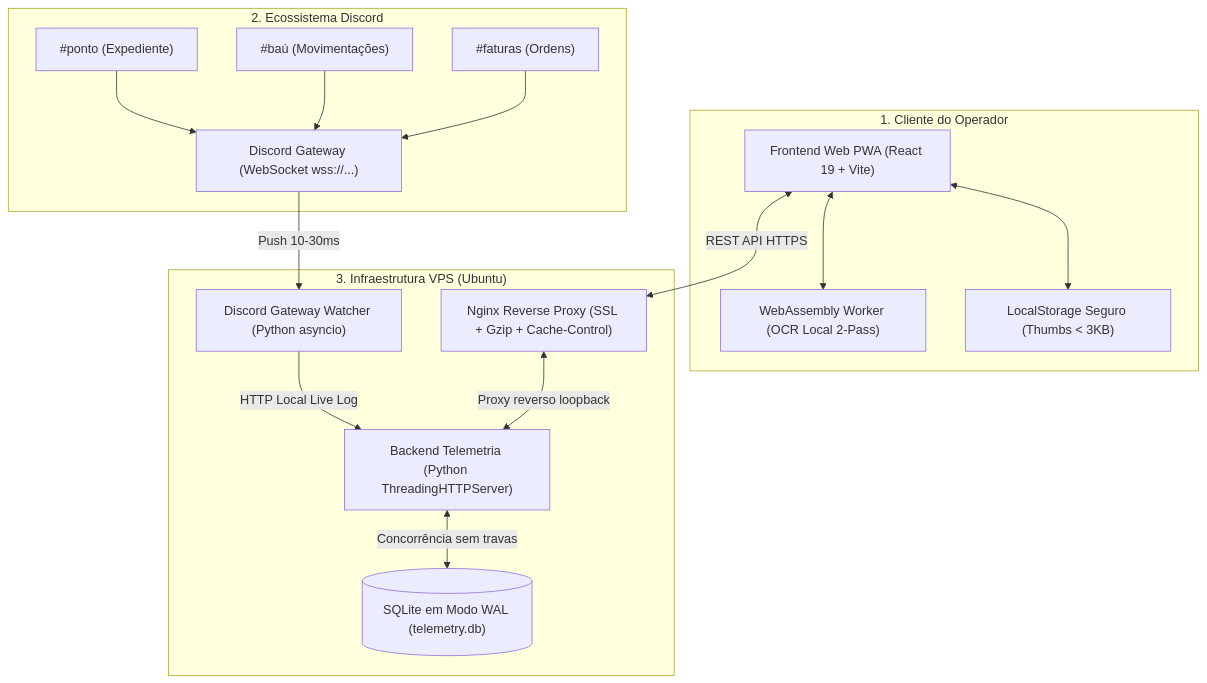
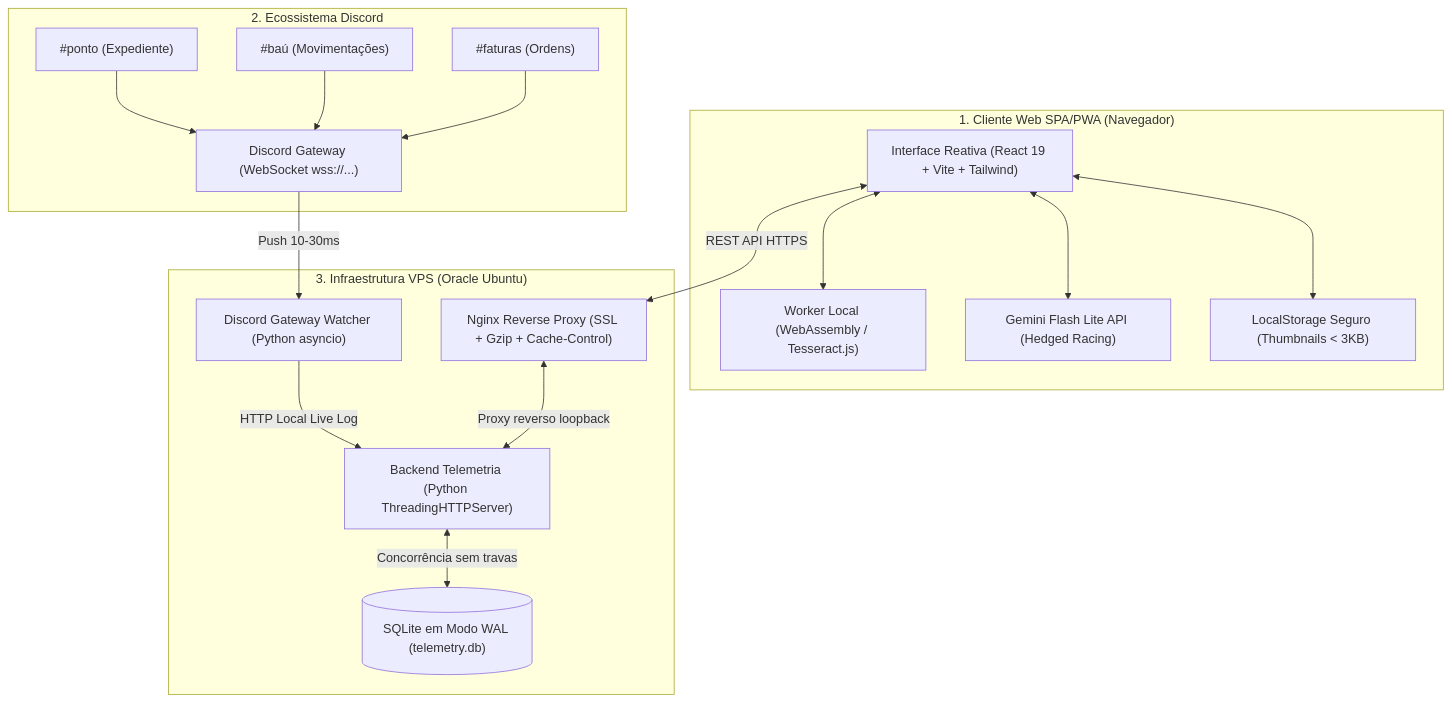
The diagram in README.md (1GabsFps/ocr-mecanica-brp), drawn with Mermaid before and after one commit. The commit also changed other lines of this file and 14 other files, not shown here.

````diff
--- a/README.md
+++ b/README.md
@@ -84,33 +131,35 @@
 ```mermaid
 flowchart TD
-    subgraph CLIENTE["1. Cliente do Operador"]
-        UI["Frontend Web PWA (React 19 + Vite)"]
-        WKR["WebAssembly Worker (OCR Local 2-Pass)"]
-        STORE["LocalStorage Seguro (Thumbs < 3KB)"]
-        UI <--> WKR
+    subgraph CLIENTE["1. Cliente Web SPA/PWA (Navegador)"]
+        UI["Interface Reativa (React 19 + Vite + Tailwind)"]
+        OCR_WKR["Worker Local (WebAssembly / Tesseract.js)"]
+        GEMINI["Gemini Flash Lite API (Hedged Racing)"]
+        STORE["LocalStorage Seguro (Thumbnails < 3KB)"]
+        UI <--> OCR_WKR
+        UI <--> GEMINI
         UI <--> STORE
     end
 
     subgraph DISCORD["2. Ecossistema Discord"]
         CH_PONTO["#ponto (Expediente)"]
         CH_BAU["#baú (Movimentações)"]
         CH_FAT["#faturas (Ordens)"]
         D_GW["Discord Gateway (WebSocket wss://...)"]
         CH_PONTO --> D_GW
         CH_BAU --> D_GW
         CH_FAT --> D_GW
     end
 
-    subgraph VPS["3. Infraestrutura VPS (Ubuntu)"]
+    subgraph VPS["3. Infraestrutura VPS (Oracle Ubuntu)"]
         NGX["Nginx Reverse Proxy (SSL + Gzip + Cache-Control)"]
         WATCHER["Discord Gateway Watcher (Python asyncio)"]
         SRV["Backend Telemetria (Python ThreadingHTTPServer)"]
         SQLITE[("SQLite em Modo WAL (telemetry.db)")]
 
         D_GW -->|Push 10-30ms| WATCHER
         WATCHER -->|HTTP Local Live Log| SRV
         UI <-->|REST API HTTPS| NGX
         NGX <-->|Proxy reverso loopback| SRV
         SRV <-->|Concorrência sem travas| SQLITE
     end
 ```
````
